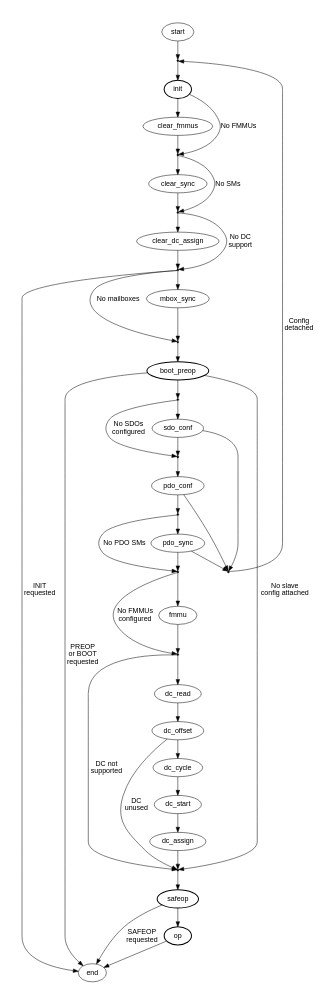
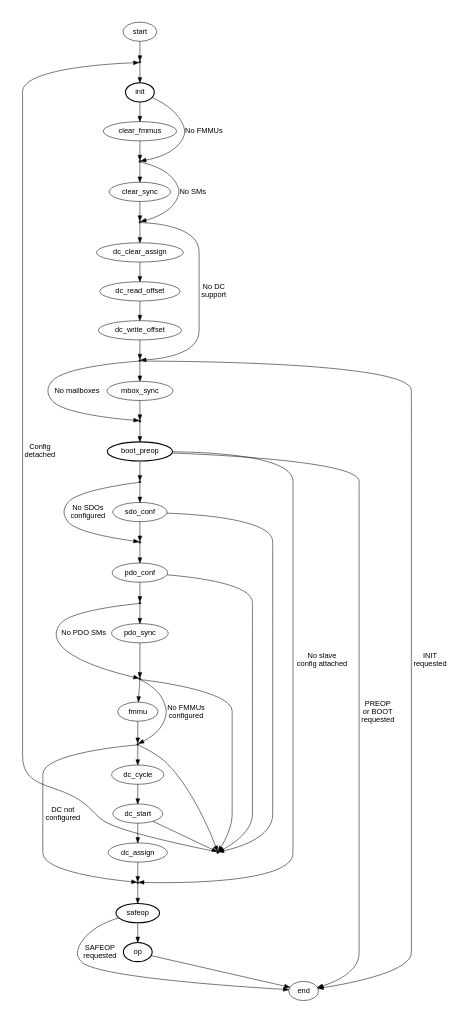
The diagram in documentation/graphs/fsm_slave_conf.dot (ribalda/ethercat), drawn with Graphviz before and after one commit.

Commit message:
Updated graph for slave configuration FSM.

```diff
--- a/documentation/graphs/fsm_slave_conf.dot
+++ b/documentation/graphs/fsm_slave_conf.dot
@@ -1,114 +1,115 @@
 
 /* $Id$ */
 
 digraph slaveconf {
     size="3,5"
 
     start [fontname="Helvetica"]
     start -> enter_init [weight=10]
 
     enter_init [shape=point, label=""]
     enter_init -> init [weight=10]
 
     reconfigure [shape=point, label=""]
     reconfigure -> enter_init [fontname="Helvetica", label="Config\ndetached"]
 
     init [fontname="Helvetica", style="bold"]
     init -> enter_clear_sync [fontname="Helvetica", label="No FMMUs"]
     init -> clear_fmmus [weight=10]
 
     clear_fmmus [fontname="Helvetica"]
     clear_fmmus -> enter_clear_sync [weight=10]
 
     enter_clear_sync [shape=point, label=""]
-    enter_clear_sync -> enter_clear_dc_assign [fontname="Helvetica", label="No SMs"]
+    enter_clear_sync -> enter_dc_clear_assign [fontname="Helvetica", label="No SMs"]
     enter_clear_sync -> clear_sync [weight=10]
 
     clear_sync [fontname="Helvetica"]
-    clear_sync -> enter_clear_dc_assign [weight=10]
+    clear_sync -> enter_dc_clear_assign [weight=10]
 
-    enter_clear_dc_assign [shape=point, label=""]
-    enter_clear_dc_assign -> enter_mbox_sync [fontname="Helvetica", label="No DC\nsupport"]
-    enter_clear_dc_assign -> clear_dc_assign [weight=10]
+    enter_dc_clear_assign [shape=point, label=""]
+    enter_dc_clear_assign -> enter_mbox_sync [fontname="Helvetica", label="No DC\nsupport"]
+    enter_dc_clear_assign -> dc_clear_assign [weight=10]
 
-    clear_dc_assign [fontname="Helvetica"]
-    clear_dc_assign -> enter_mbox_sync [weight=10]
+    dc_clear_assign [fontname="Helvetica"]
+    dc_clear_assign -> dc_read_offset [weight=10]
+
+    dc_read_offset [fontname="Helvetica"]
+    dc_read_offset -> dc_write_offset [weight=10]
+
+    dc_write_offset [fontname="Helvetica"]
+    dc_write_offset -> enter_mbox_sync [weight=10]
 
     enter_mbox_sync [shape=point, label=""]
     enter_mbox_sync -> end [fontname="Helvetica", label="INIT\nrequested"]
     enter_mbox_sync -> enter_boot_preop [fontname="Helvetica", label="No mailboxes"]
     enter_mbox_sync -> mbox_sync [weight=10]
 
     mbox_sync [fontname="Helvetica"]
     mbox_sync -> enter_boot_preop [weight=10]
 
     enter_boot_preop [shape=point, label=""]
     enter_boot_preop -> boot_preop [weight=10]
 
     boot_preop [fontname="Helvetica", style="bold"]
     boot_preop -> end [fontname="Helvetica", label="PREOP\nor BOOT\nrequested"]
     boot_preop -> enter_safeop [fontname="Helvetica", label="No slave\nconfig attached"]
     boot_preop -> enter_sdo_conf [weight=10]
 
     enter_sdo_conf [shape=point, label=""]
     enter_sdo_conf -> enter_pdo_conf [fontname="Helvetica", label="No SDOs\nconfigured"]
     enter_sdo_conf -> sdo_conf [weight=10]
 
     sdo_conf [fontname="Helvetica"]
     sdo_conf -> reconfigure
     sdo_conf -> enter_pdo_conf [weight=10]
 
     enter_pdo_conf [shape=point, label=""]
     enter_pdo_conf -> pdo_conf [weight=10]
 
     pdo_conf [fontname="Helvetica"]
     pdo_conf -> reconfigure
     pdo_conf -> enter_pdo_sync [weight=10]
 
     enter_pdo_sync [shape=point, label=""]
     enter_pdo_sync -> enter_fmmu [fontname="Helvetica", label="No PDO SMs"]
     enter_pdo_sync -> pdo_sync [weight=10]
 
     pdo_sync [fontname="Helvetica"]
-    pdo_sync -> reconfigure
     pdo_sync -> enter_fmmu [weight=10]
 
     enter_fmmu [shape=point,label=""]
-    enter_fmmu -> enter_dc_read [fontname="Helvetica", label="No FMMUs\nconfigured"]
+    enter_fmmu -> reconfigure
+    enter_fmmu -> enter_dc_cycle [fontname="Helvetica", label="No FMMUs\nconfigured"]
     enter_fmmu -> fmmu [weight=10]
 
     fmmu [fontname="Helvetica"]
-    fmmu -> enter_dc_read [weight=10]
+    fmmu -> enter_dc_cycle [weight=10]
 
-    enter_dc_read [shape=point,label=""]
-    enter_dc_read -> dc_read [weight=10]
-    enter_dc_read -> enter_safeop [fontname="Helvetica", label="DC not\nsupported"]
-
-    dc_read [fontname="Helvetica"]
-    dc_read -> dc_offset [weight=10]
-
-    dc_offset [fontname="Helvetica"]
-    dc_offset -> dc_cycle [weight=10]
-    dc_offset -> enter_safeop [fontname="Helvetica", label="DC\nunused"]
+    enter_dc_cycle [shape=point,label=""]
+    enter_dc_cycle -> reconfigure
+    enter_dc_cycle -> dc_cycle [weight=10]
+    enter_dc_cycle -> enter_safeop [fontname="Helvetica", label="DC not\nconfigured"]
 
     dc_cycle [fontname="Helvetica"]
     dc_cycle -> dc_start [weight=10]
 
     dc_start [fontname="Helvetica"]
+    dc_start -> reconfigure
     dc_start -> dc_assign [weight=10]
 
     dc_assign [fontname="Helvetica"]
     dc_assign -> enter_safeop [weight=10]
 
     enter_safeop [shape=point,label=""]
     enter_safeop -> safeop [weight=10]
 
     safeop [fontname="Helvetica", style="bold"]
     safeop -> end [fontname="Helvetica", label="SAFEOP\nrequested"]
     safeop -> op [weight=10]
 
     op [fontname="Helvetica", style="bold"]
     op -> end
 
     end [fontname="Helvetica"]
 }
```
